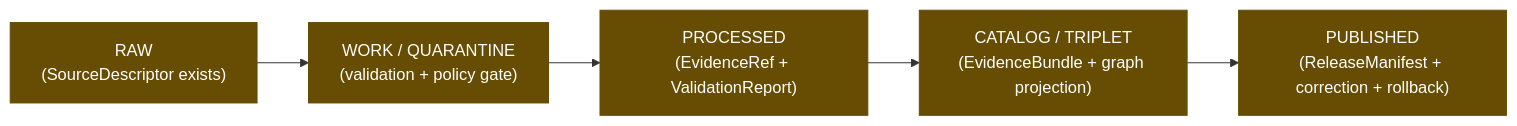
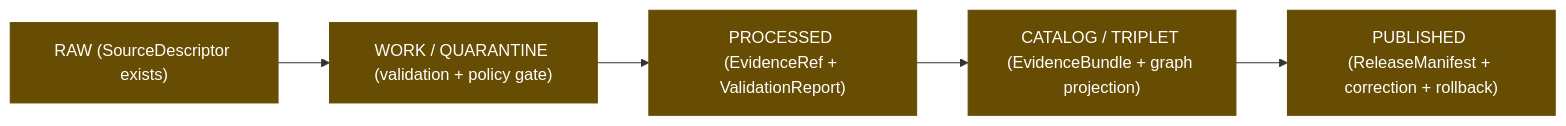
The first of 2 diagrams in docs/domains/roads-rail-trade/EXPANSION_BACKLOG.md (bartytime4life/Kansas-Frontier-Matrix), drawn with Mermaid before and after one commit. The commit also changed other lines of this file, not shown here.

````diff
--- a/docs/domains/roads-rail-trade/EXPANSION_BACKLOG.md
+++ b/docs/domains/roads-rail-trade/EXPANSION_BACKLOG.md
@@ -91,14 +100,13 @@
 ```mermaid
 flowchart LR
-  RAW["RAW<br/>(SourceDescriptor exists)"]
-  WQ["WORK / QUARANTINE<br/>(validation + policy gate)"]
-  PROC["PROCESSED<br/>(EvidenceRef + ValidationReport)"]
-  CAT["CATALOG / TRIPLET<br/>(EvidenceBundle + graph projection)"]
-  PUB["PUBLISHED<br/>(ReleaseManifest + correction + rollback)"]
+  RAW["RAW (SourceDescriptor exists)"]
+  WQ["WORK / QUARANTINE (validation + policy gate)"]
+  PROC["PROCESSED (EvidenceRef + ValidationReport)"]
+  CAT["CATALOG / TRIPLET (EvidenceBundle + graph projection)"]
+  PUB["PUBLISHED (ReleaseManifest + correction + rollback)"]
 
   RAW --> WQ --> PROC --> CAT --> PUB
 
-  classDef confirmed fill:#0f5132,color:#fff,stroke:#0a3622;
-  classDef proposed  fill:#664d03,color:#fff,stroke:#664d03;
+  classDef proposed fill:#664d03,color:#fff,stroke:#664d03;
   class RAW,WQ,PROC,CAT,PUB proposed;
 ```
````
